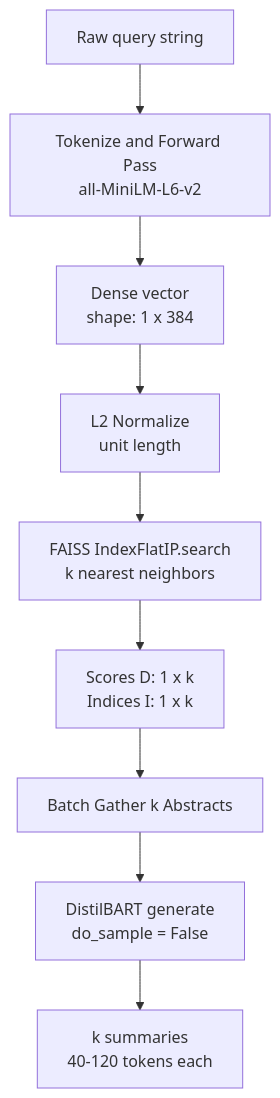
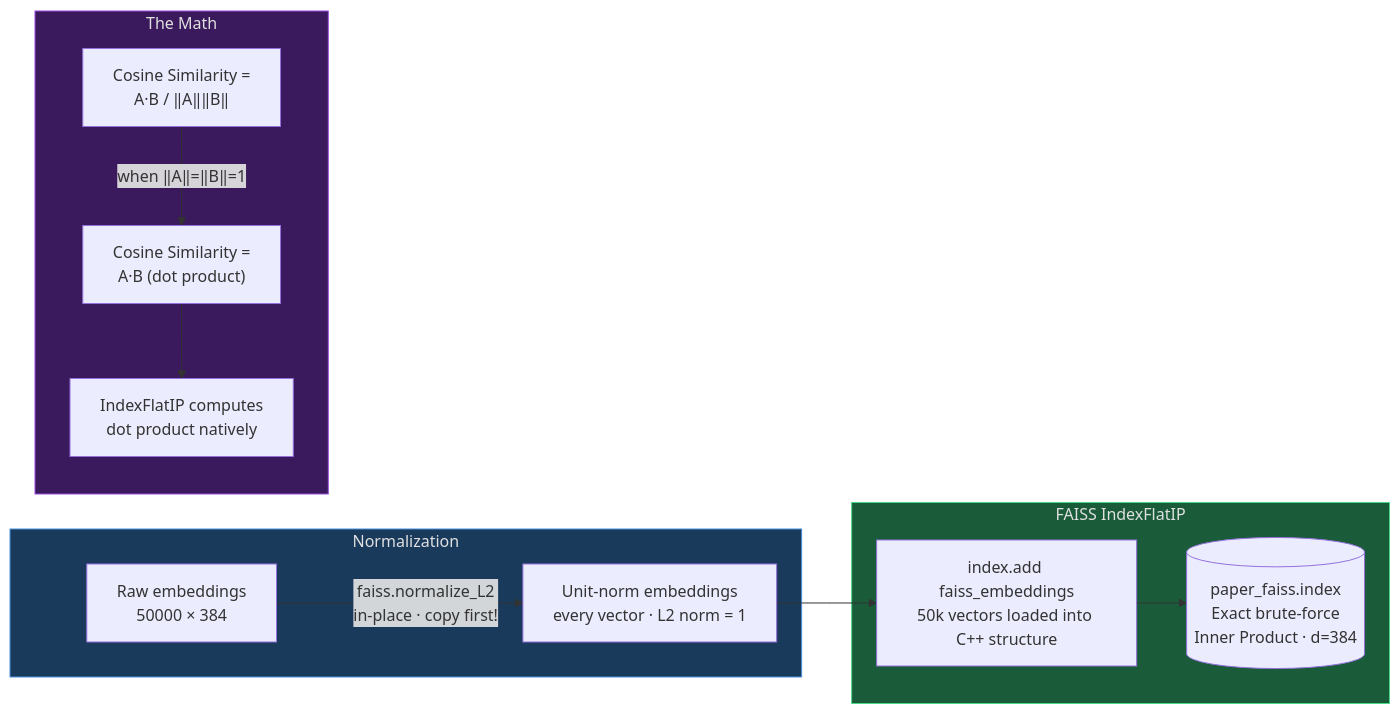
Before and after one commit to aayushdalal/Fanite: the fifth of 9 diagrams in README.md, drawn with Mermaid. The commit also changed other lines of this file, not shown here.

````diff
--- a/README.md
+++ b/README.md
@@ -403,11 +225,20 @@
 ```mermaid
-flowchart TD
-    A["Raw query string"] --> B["Tokenize and Forward Pass<br/>all-MiniLM-L6-v2"]
-    B --> C["Dense vector<br/>shape: 1 x 384"]
-    C --> D["L2 Normalize<br/>unit length"]
-    D --> E["FAISS IndexFlatIP.search<br/>k nearest neighbors"]
-    E --> F["Scores D: 1 x k<br/>Indices I: 1 x k"]
-    F --> G["Batch Gather k Abstracts"]
-    G --> H["DistilBART generate<br/>do_sample = False"]
-    H --> I["k summaries<br/>40-120 tokens each"]
+flowchart LR
+    subgraph NORM ["Normalization"]
+        A[Raw embeddings<br/>50000 × 384] -->|faiss.normalize_L2<br/>in-place · copy first!| B[Unit-norm embeddings<br/>every vector · L2 norm = 1]
+    end
+
+    subgraph INDEX ["FAISS IndexFlatIP"]
+        B --> C[index.add faiss_embeddings<br/>50k vectors loaded into C++ structure]
+        C --> D[(paper_faiss.index<br/>Exact brute-force<br/>Inner Product · d=384)]
+    end
+
+    subgraph MATH ["The Math"]
+        E["Cosine Similarity =<br/>A·B / ‖A‖‖B‖"] -->|when ‖A‖=‖B‖=1| F["Cosine Similarity =<br/>A·B (dot product)"]
+        F --> G["IndexFlatIP computes<br/>dot product natively"]
+    end
+
+    style NORM fill:#1a3a5c,stroke:#4a90d9,color:#e0e0e0
+    style INDEX fill:#1a5c3a,stroke:#4ad98a,color:#e0e0e0
+    style MATH fill:#3a1a5c,stroke:#9a4ad9,color:#e0e0e0
 ```
````
